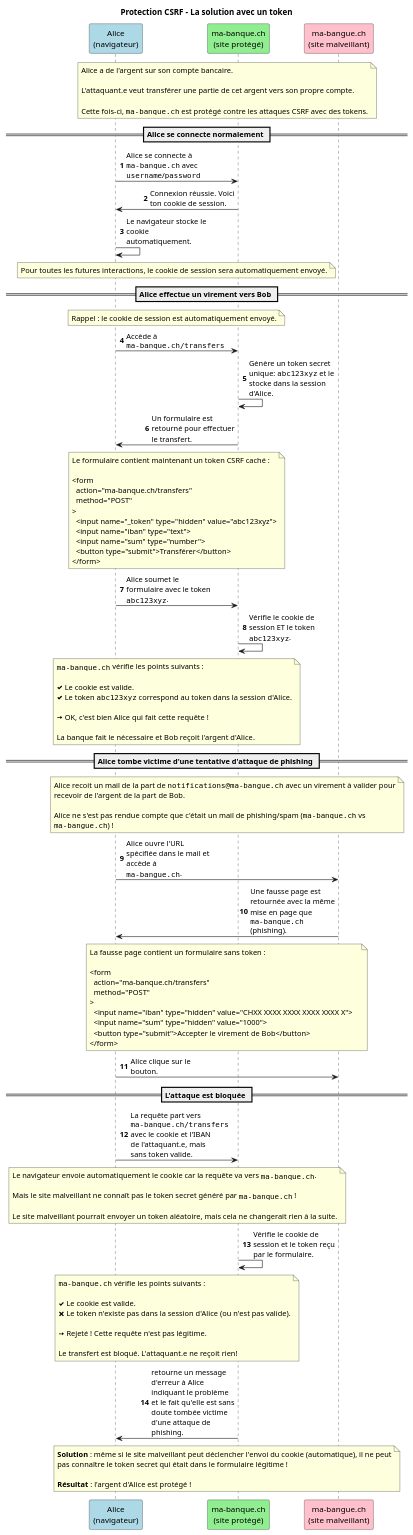
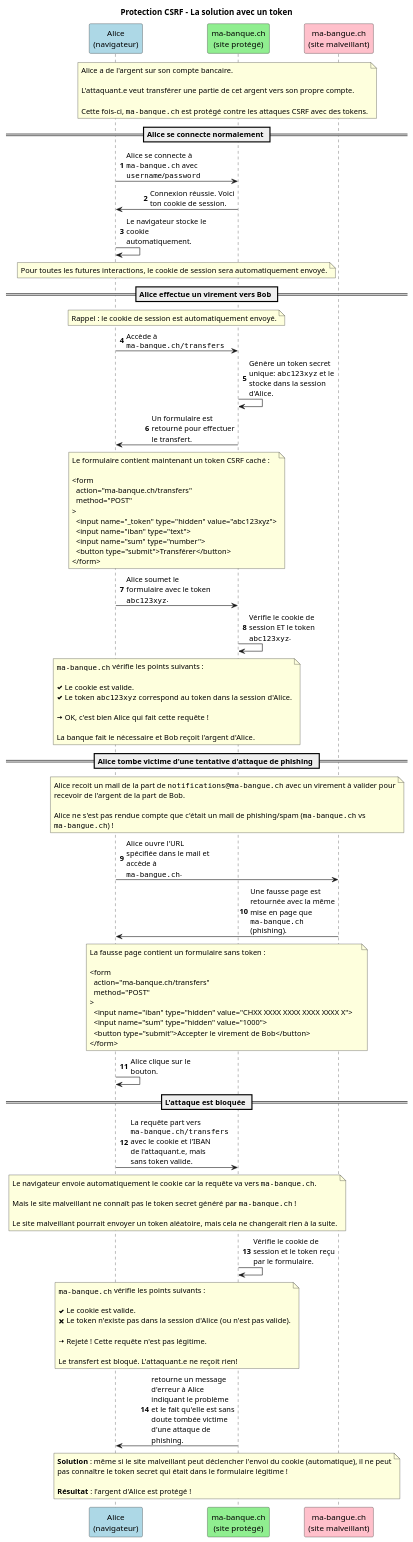
Before and after one commit to heig-vd-devprodmed-course/heig-vd-devprodmed-course: the diagram in 01-contenus-du-cours/06-formulaires-et-validation/images/csrf-protection.puml, drawn with PlantUML. The commit also changed 9 other files, not shown here.

```diff
--- a/01-contenus-du-cours/06-formulaires-et-validation/images/csrf-protection.puml
+++ b/01-contenus-du-cours/06-formulaires-et-validation/images/csrf-protection.puml
@@ -1,130 +1,130 @@
 @startuml csrf-protection
 skinparam boxPadding 100
 skinparam maxMessageSize 150
 skinparam noteTextAlignment left
 skinparam sequenceMessageAlign direction
 skinparam wrapWidth 600
 autonumber
 
 participant "Alice\n(navigateur)" as browser #LightBlue
 participant "ma-banque.ch\n(site protégé)" as legitSite #LightGreen
 participant "ma-bangue.ch\n(site malveillant)" as evilSite #Pink
 
 title Protection CSRF - La solution avec un token
 
 note over browser, evilSite
   Alice a de l'argent sur son compte bancaire.
 
   L'attaquant.e veut transférer une partie de cet argent vers son propre compte.
   
   Cette fois-ci, ""ma-banque.ch"" est protégé contre les attaques CSRF avec des tokens.
 end note
 
 == Alice se connecte normalement ==
 
 browser -> legitSite: Alice se connecte à ""ma-banque.ch"" avec ""username""/""password""
 legitSite -> browser: Connexion réussie. Voici ton cookie de session.
 browser -> browser: Le navigateur stocke le cookie automatiquement.
 
 note over browser, legitSite
   Pour toutes les futures interactions, le cookie de session sera automatiquement envoyé.
 end note
 
 == Alice effectue un virement vers Bob ==
 
 note over browser, legitSite
   Rappel : le cookie de session est automatiquement envoyé.
 end note
 
 browser -> legitSite: Accède à ""ma-banque.ch/transfers""
 legitSite -> legitSite: Génère un token secret unique: ""abc123xyz"" et le stocke dans la session d'Alice.
 legitSite -> browser: Un formulaire est retourné pour effectuer le transfert.
 
 note over browser, legitSite
   Le formulaire contient maintenant un token CSRF caché :
 
   <form
     action="ma-banque.ch/transfers"
     method="POST"
   >
     <input name="_token" type="hidden" value="abc123xyz">
     <input name="iban" type="text">
     <input name="sum" type="number">
     <button type="submit">Transférer</button>
   </form>
 end note
 
 browser -> legitSite: Alice soumet le formulaire avec le token ""abc123xyz"".
 legitSite -> legitSite: Vérifie le cookie de session ET le token ""abc123xyz"".
 
 note over browser, legitSite
   ""ma-banque.ch"" vérifie les points suivants :
   
   <&check> Le cookie est valide.
   <&check> Le token ""abc123xyz"" correspond au token dans la session d'Alice.
   
   <&arrow-right> OK, c'est bien Alice qui fait cette requête !
 
   La banque fait le nécessaire et Bob reçoit l'argent d'Alice.
 end note
 
 == Alice tombe victime d'une tentative d'attaque de phishing ==
 
 note over browser, evilSite
   Alice recoit un mail de la part de ""notifications@ma-bangue.ch"" avec un virement à valider pour recevoir de l'argent de la part de Bob.
 
   Alice ne s'est pas rendue compte que c'était un mail de phishing/spam (""ma-banque.ch"" vs ""ma-bangue.ch"") !
 end note
 
 browser -> evilSite: Alice ouvre l'URL spécifiée dans le mail et accède à ""ma-bangue.ch"".
 evilSite -> browser: Une fausse page est retournée avec la même mise en page que ""ma-banque.ch"" (phishing).
 
 note over browser, evilSite
   La fausse page contient un formulaire sans token :
 
   <form
     action="ma-banque.ch/transfers"
     method="POST"
   >
     <input name="iban" type="hidden" value="CHXX XXXX XXXX XXXX XXXX X">
     <input name="sum" type="hidden" value="1000">
     <button type="submit">Accepter le virement de Bob</button>
   </form>
 end note
 
-browser -> evilSite: Alice clique sur le bouton.
+browser -> browser: Alice clique sur le bouton.
 
 == L'attaque est bloquée ==
 
 browser -> legitSite: La requête part vers ""ma-banque.ch/transfers"" avec le cookie et l'IBAN de l'attaquant.e, mais sans token valide.
 
 note over browser, legitSite
   Le navigateur envoie automatiquement le cookie car la requête va vers ""ma-banque.ch"".
   
   Mais le site malveillant ne connaît pas le token secret généré par ""ma-banque.ch"" !
 
   Le site malveillant pourrait envoyer un token aléatoire, mais cela ne changerait rien à la suite.
 end note
 
 legitSite -> legitSite: Vérifie le cookie de session et le token reçu par le formulaire.
 
 note over browser, legitSite
   ""ma-banque.ch"" vérifie les points suivants :
   
   <&check> Le cookie est valide.
   <&x> Le token n'existe pas dans la session d'Alice (ou n'est pas valide).
   
   <&arrow-right> Rejeté ! Cette requête n'est pas légitime.
 
   Le transfert est bloqué. L'attaquant.e ne reçoit rien!
 end note
 
 legitSite -> browser: retourne un message d'erreur à Alice indiquant le problème et le fait qu'elle est sans doute tombée victime d'une attaque de phishing.
 
 note over browser, evilSite
   **Solution** : même si le site malveillant peut déclencher l'envoi du cookie (automatique), il ne peut pas connaître le token secret qui était dans le formulaire légitime !
   
   **Résultat** : l'argent d'Alice est protégé !
 end note
 
 @enduml
```
